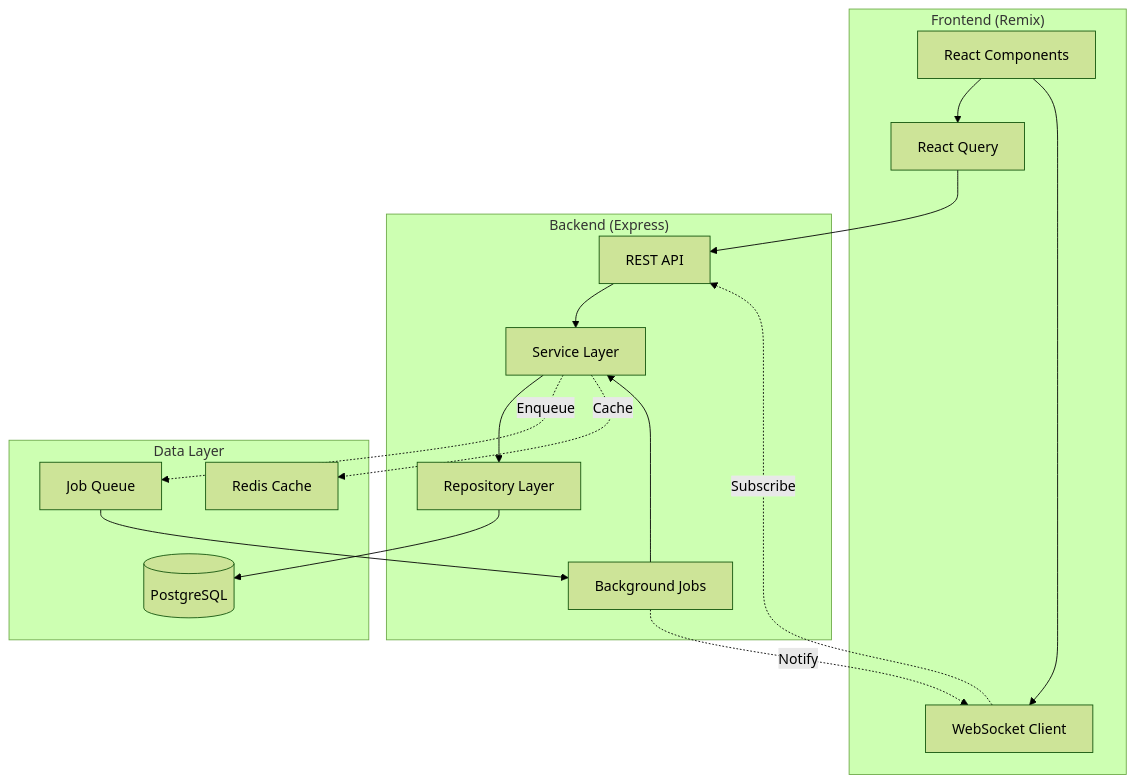
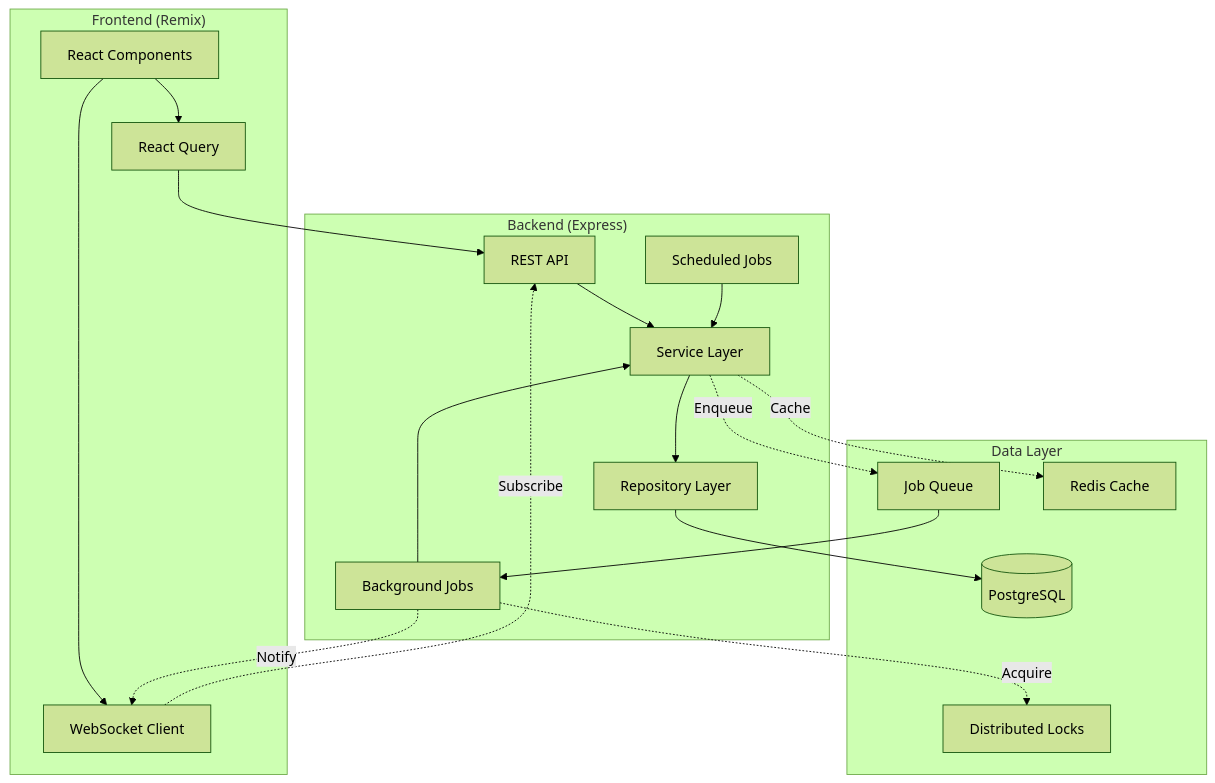
One commit to nguyenminhtiend/fintech_preparation changed the third of 3 diagrams in docs/RECOMMENDED-MODULES.md. Above: the diagram before and after it, drawn with Mermaid (forest theme). The commit also changed other lines of this file and 5 other files, not shown here.

````diff
--- a/docs/RECOMMENDED-MODULES.md
+++ b/docs/RECOMMENDED-MODULES.md
@@ -604,34 +1486,38 @@
 ```mermaid
 graph TB
     subgraph "Frontend (Remix)"
         UI[React Components]
         Query[React Query]
         WS[WebSocket Client]
     end
 
     subgraph "Backend (Express)"
         API[REST API]
         Service[Service Layer]
         Repo[Repository Layer]
         Jobs[Background Jobs]
+        Cron[Scheduled Jobs]
     end
 
     subgraph "Data Layer"
         DB[(PostgreSQL)]
         Queue[Job Queue]
         Cache[Redis Cache]
+        Lock[Distributed Locks]
     end
 
     UI --> Query
     UI --> WS
     Query --> API
     WS -.->|Subscribe| API
     API --> Service
     Service --> Repo
     Repo --> DB
     Service -.->|Enqueue| Queue
     Queue --> Jobs
     Jobs --> Service
     Service -.->|Cache| Cache
     Jobs -.->|Notify| WS
+    Cron --> Service
+    Jobs -.->|Acquire| Lock
 ```
````
